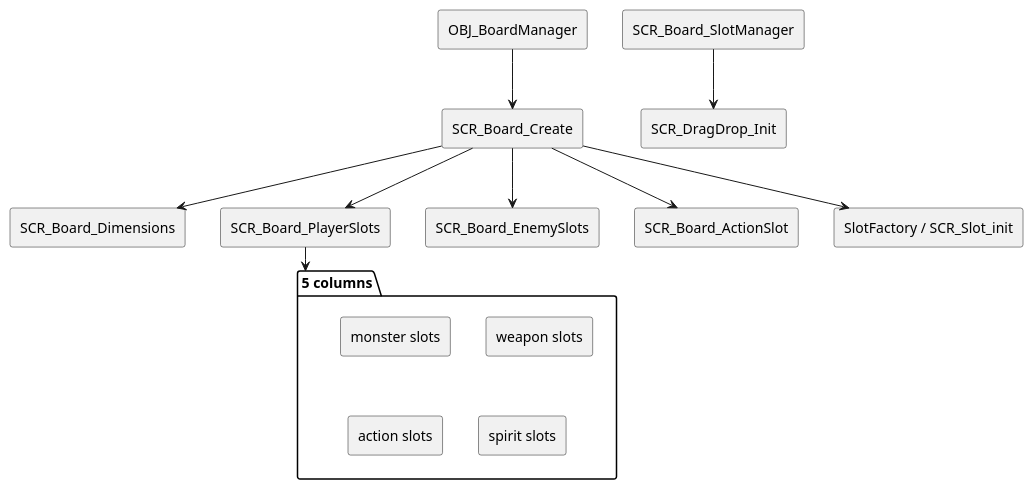
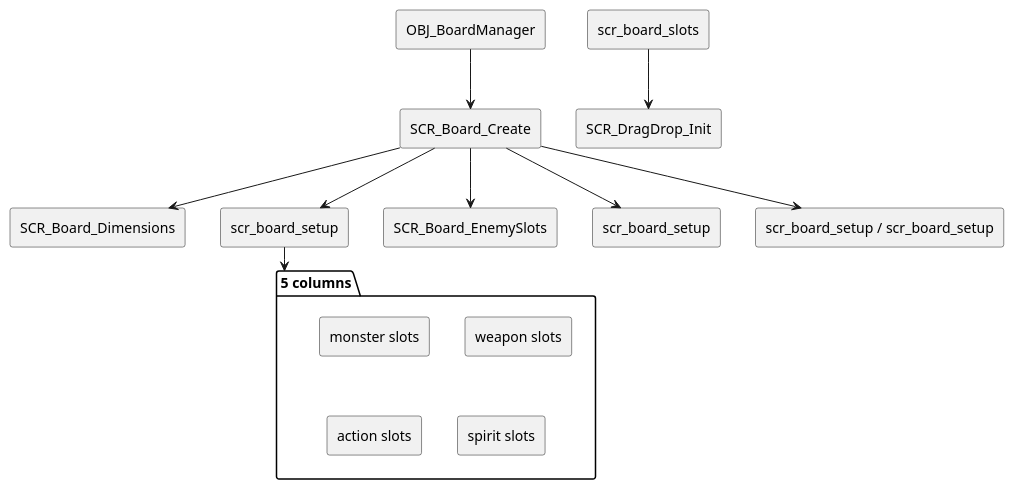
One commit to ThienNhanOng/ProjectCardGame changed the diagram in reference/uml/04_board_manager.puml. Above: the diagram before and after it, drawn with PlantUML. The commit also changed 799 other files, not shown here.

```diff
--- a/reference/uml/04_board_manager.puml
+++ b/reference/uml/04_board_manager.puml
@@ -1,31 +1,31 @@
 @startuml 04_board_manager
 top to bottom direction
 skinparam componentStyle rectangle
 
 [OBJ_BoardManager] as BM
 [SCR_Board_Create] as Create
 [SCR_Board_Dimensions] as Dim
-[SCR_Board_PlayerSlots] as PS
+[scr_board_setup] as PS
 [SCR_Board_EnemySlots] as ES
-[SCR_Board_ActionSlot] as AS
-[SlotFactory / SCR_Slot_init] as SF
-[SCR_Board_SlotManager] as Step
+[scr_board_setup] as AS
+[scr_board_setup / scr_board_setup] as SF
+[scr_board_slots] as Step
 [SCR_DragDrop_Init] as DD
 
 package "5 columns" as columns {
   [monster slots] as MON
   [weapon slots] as WPN
   [action slots] as ACT
   [spirit slots] as SPI
 }
 
 BM --> Create
 Create --> Dim
 Create --> PS
 Create --> ES
 Create --> AS
 Create --> SF
 Step --> DD
 PS --> columns
 
 @enduml
```
